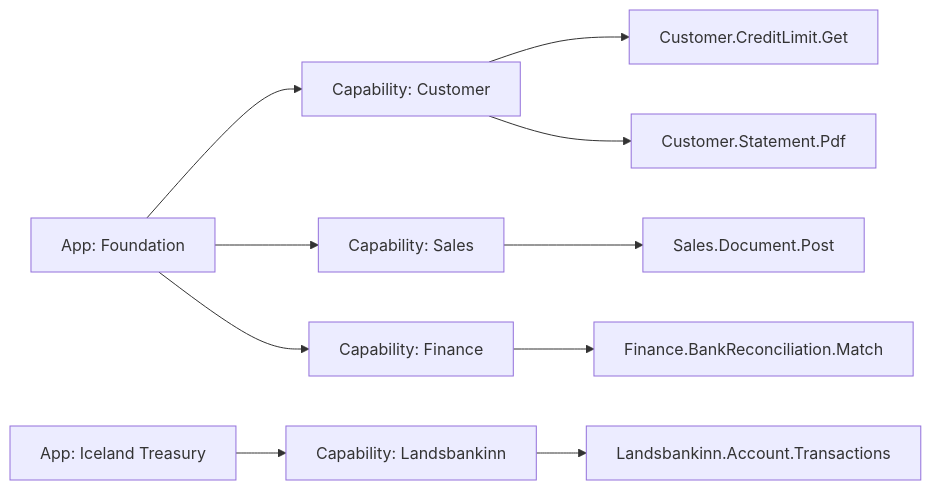
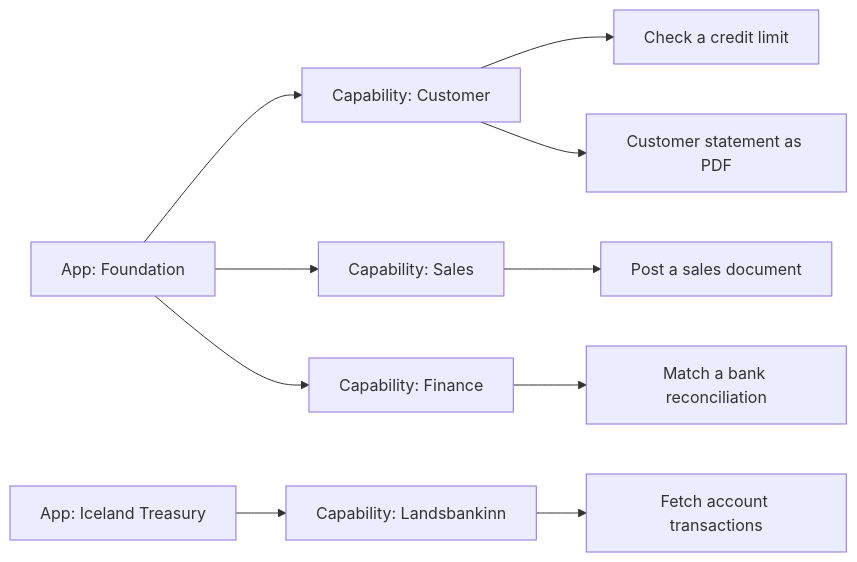
The diagram in docs/documentation/how-it-works.md (businesscentralal/bifrost), drawn with Mermaid before and after one commit. The commit also changed other lines of this file and 93 other files, not shown here.

````diff
--- a/docs/documentation/how-it-works.md
+++ b/docs/documentation/how-it-works.md
@@ -42,12 +42,12 @@
 ```mermaid
 flowchart LR
   F["App: Foundation"] --> C1["Capability: Customer"]
   F --> C2["Capability: Sales"]
   F --> C3["Capability: Finance"]
   T["App: Iceland Treasury"] --> C4["Capability: Landsbankinn"]
-  C1 --> M1["Customer.CreditLimit.Get"]
-  C1 --> M2["Customer.Statement.Pdf"]
-  C2 --> M3["Sales.Document.Post"]
-  C3 --> M4["Finance.BankReconciliation.Match"]
-  C4 --> M5["Landsbankinn.Account.Transactions"]
+  C1 --> M1["Check a credit limit"]
+  C1 --> M2["Customer statement as PDF"]
+  C2 --> M3["Post a sales document"]
+  C3 --> M4["Match a bank reconciliation"]
+  C4 --> M5["Fetch account transactions"]
 ```
````
